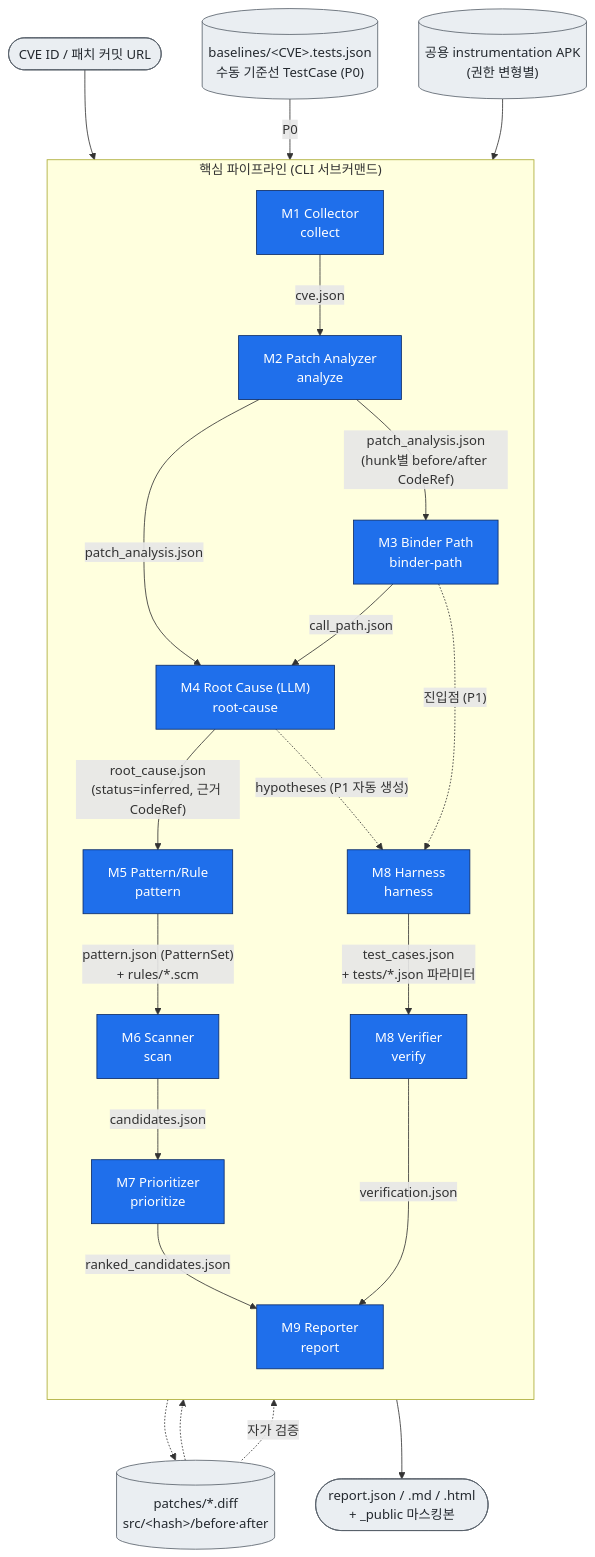
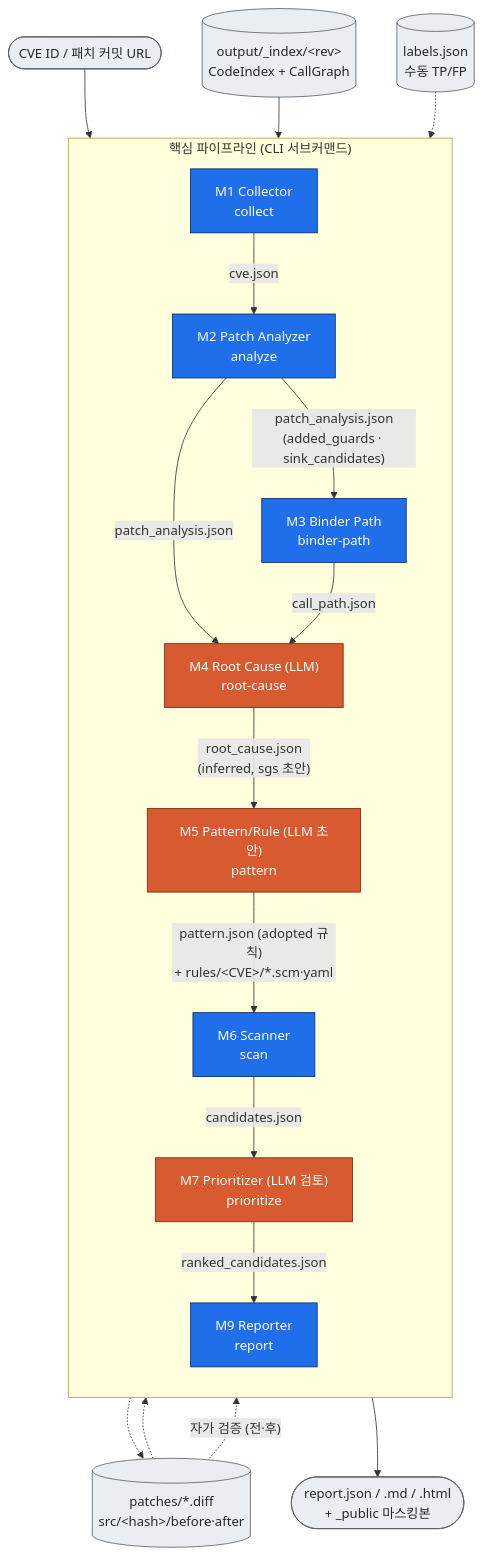
One commit to meonjalgwi/aosp-1day-pipeline changed the first of 6 diagrams in docs/architecture.md. Above: the diagram before and after it, drawn with Mermaid. The commit also changed other lines of this file and 1 other file, not shown here.

First line of the commit message:
docs: v2 상세 설계서와 구조도 (기존 PR #20·#30 결정 기준으로 재작성)

````diff
--- a/docs/architecture.md
+++ b/docs/architecture.md
@@ -13,45 +15,40 @@
 ```mermaid
 flowchart TD
     IN([CVE ID / 패치 커밋 URL]):::io
 
     subgraph CORE["핵심 파이프라인 (CLI 서브커맨드)"]
         direction TB
         M1["M1 Collector<br/>collect"]:::stage
         M2["M2 Patch Analyzer<br/>analyze"]:::stage
         M3["M3 Binder Path<br/>binder-path"]:::stage
-        M4["M4 Root Cause (LLM)<br/>root-cause"]:::stage
-        M5["M5 Pattern/Rule<br/>pattern"]:::stage
+        M4["M4 Root Cause (LLM)<br/>root-cause"]:::llm
+        M5["M5 Pattern/Rule (LLM 초안)<br/>pattern"]:::llm
         M6["M6 Scanner<br/>scan"]:::stage
-        M7["M7 Prioritizer<br/>prioritize"]:::stage
-        M8H["M8 Harness<br/>harness"]:::stage
-        M8["M8 Verifier<br/>verify"]:::stage
+        M7["M7 Prioritizer (LLM 검토)<br/>prioritize"]:::llm
         M9["M9 Reporter<br/>report"]:::stage
     end
 
     SRC[("patches/*.diff<br/>src/&lt;hash&gt;/before·after")]:::io
-    MAN[("baselines/&lt;CVE&gt;.tests.json<br/>수동 기준선 TestCase (P0)")]:::io
-    APK[("공용 instrumentation APK<br/>(권한 변형별)")]:::io
+    IDX[("output/_index/&lt;rev&gt;<br/>CodeIndex + CallGraph")]:::io
+    LAB[("labels.json<br/>수동 TP/FP")]:::io
 
     IN --> M1
     M1 -- cve.json --> M2
     M1 -.-> SRC
     SRC -.-> M2
-    SRC -. 자가 검증 .-> M5
-    M2 -- "patch_analysis.json<br/>(hunk별 before/after CodeRef)" --> M3
+    SRC -. "자가 검증 (전·후)" .-> M5
+    M2 -- "patch_analysis.json<br/>(added_guards · sink_candidates)" --> M3
     M2 -- patch_analysis.json --> M4
     M3 -- call_path.json --> M4
-    M4 -- "root_cause.json<br/>(status=inferred, 근거 CodeRef)" --> M5
-    M5 -- "pattern.json (PatternSet)<br/>+ rules/*.scm" --> M6
+    M4 -- "root_cause.json<br/>(inferred, sgs 초안)" --> M5
+    M5 -- "pattern.json (adopted 규칙)<br/>+ rules/&lt;CVE&gt;/*.scm·yaml" --> M6
+    IDX --> M6
     M6 -- candidates.json --> M7
-    MAN -- "P0" --> M8H
-    M4 -. "hypotheses (P1 자동 생성)" .-> M8H
-    M3 -. "진입점 (P1)" .-> M8H
-    M8H -- "test_cases.json<br/>+ tests/*.json 파라미터" --> M8
-    APK --> M8
     M7 -- ranked_candidates.json --> M9
-    M8 -- verification.json --> M9
+    LAB -.-> M7
     M9 --> OUT([report.json / .md / .html<br/>+ _public 마스킹본]):::io
 
     classDef stage fill:#1f6feb,stroke:#0b2a66,color:#fff;
+    classDef llm fill:#d85a30,stroke:#712b13,color:#fff;
     classDef io fill:#eaeef2,stroke:#57606a,color:#24292f;
 ```
````
